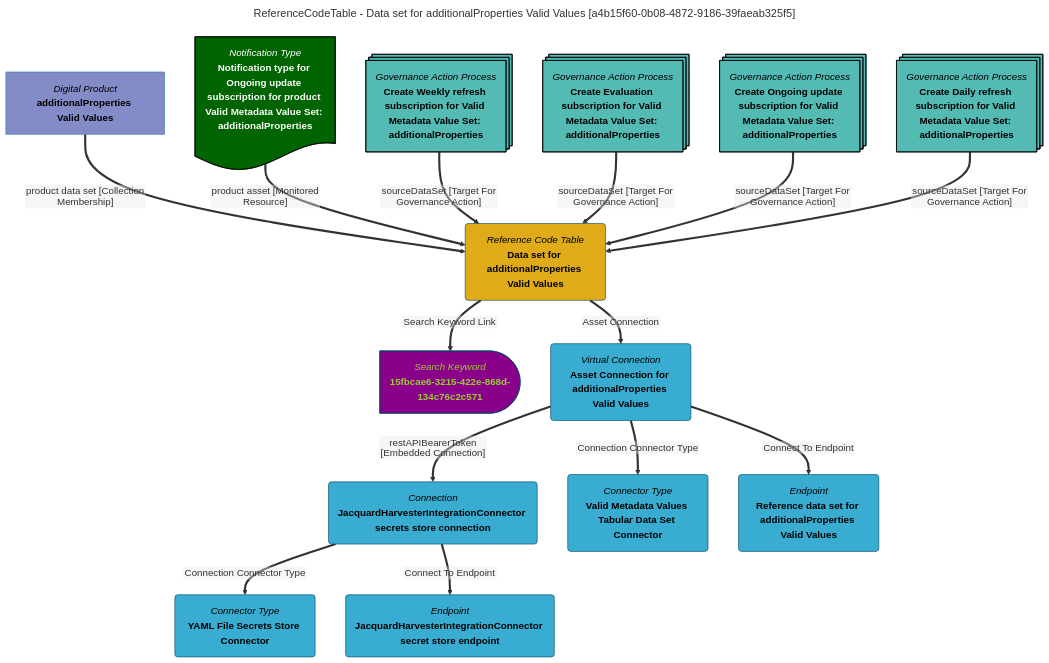
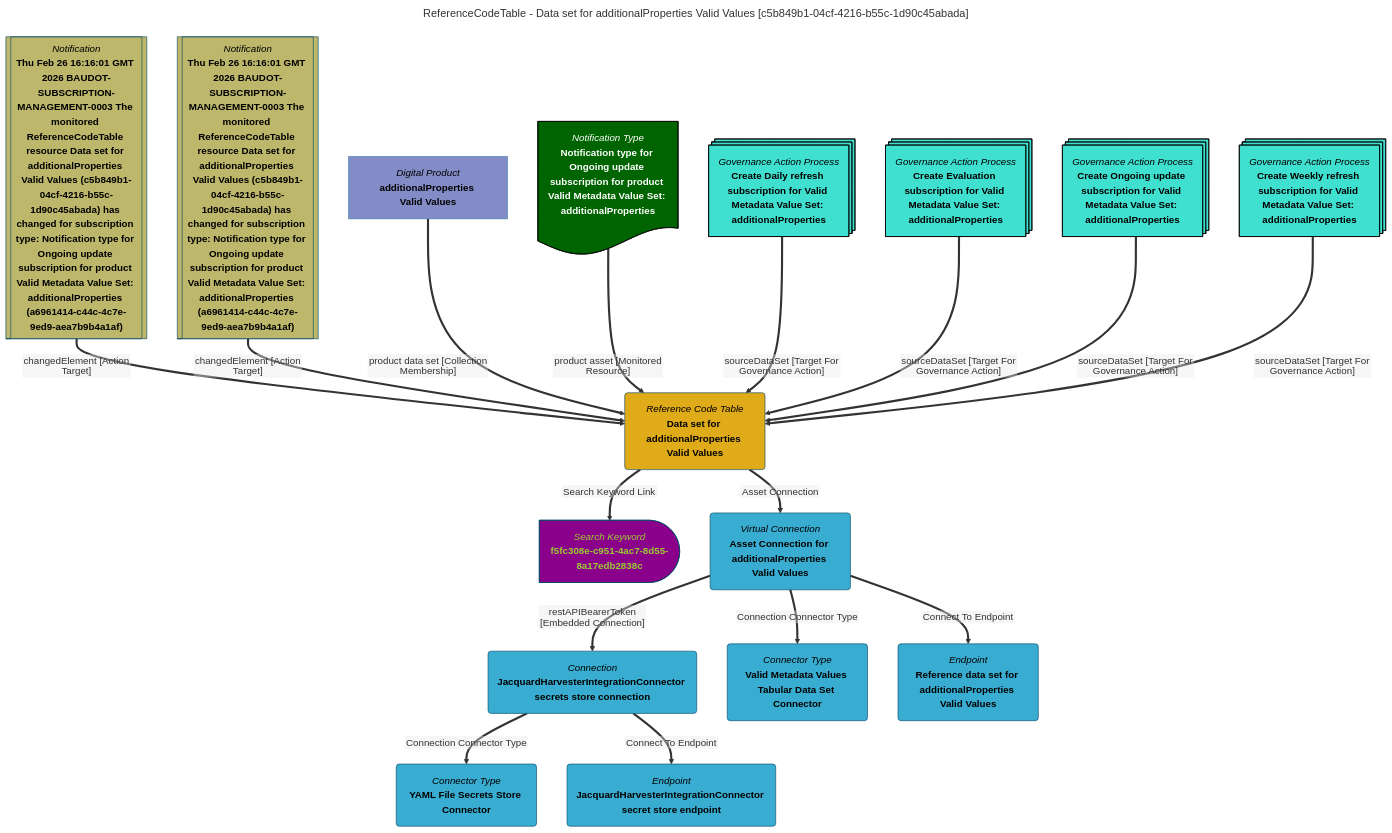
The diagram in site/snippets/data-assets/data-set-for-additionalproperties-valid-values-mermaid-graph.md (odpi/egeria-docs), drawn with Mermaid before and after one commit. The commit also changed 2201 other files, not shown here.

````diff
--- a/site/snippets/data-assets/data-set-for-additionalproperties-valid-values-mermaid-graph.md
+++ b/site/snippets/data-assets/data-set-for-additionalproperties-valid-values-mermaid-graph.md
@@ -1,63 +1,71 @@
 ```mermaid
 ---
-title: ReferenceCodeTable - Data set for additionalProperties Valid Values [a4b15f60-0b08-4872-9186-39faeab325f5]
+title: ReferenceCodeTable - Data set for additionalProperties Valid Values [c5b849b1-04cf-4216-b55c-1d90c45abada]
 ---
 flowchart TD
 %%{init: {"flowchart": {"htmlLabels": false}} }%%
 
 1@{ shape: rounded, label: "*Reference Code Table*
 **Data set for additionalProperties Valid Values**"}
 2@{ shape: delay, label: "*Search Keyword*
-**15fbcae6-3215-422e-868d-134c76c2c571**"}
+**f5fc308e-c951-4ac7-8d55-8a17edb2838c**"}
 1==>|"Search Keyword Link"|2
-3@{ shape: rect, label: "*Digital Product*
+3@{ shape: subproc, label: "*Notification*
+**Thu Feb 26 16:16:01 GMT 2026 BAUDOT-SUBSCRIPTION-MANAGEMENT-0003 The monitored ReferenceCodeTable resource Data set for additionalProperties Valid Values (c5b849b1-04cf-4216-b55c-1d90c45abada) has changed for subscription type: Notification type for Ongoing update subscription for product Valid Metadata Value Set: additionalProperties (a6961414-c44c-4c7e-9ed9-aea7b9b4a1af)**"}
+3==>|"changedElement [Action Target]"|1
+4@{ shape: subproc, label: "*Notification*
+**Thu Feb 26 16:16:01 GMT 2026 BAUDOT-SUBSCRIPTION-MANAGEMENT-0003 The monitored ReferenceCodeTable resource Data set for additionalProperties Valid Values (c5b849b1-04cf-4216-b55c-1d90c45abada) has changed for subscription type: Notification type for Ongoing update subscription for product Valid Metadata Value Set: additionalProperties (a6961414-c44c-4c7e-9ed9-aea7b9b4a1af)**"}
+4==>|"changedElement [Action Target]"|1
+5@{ shape: rect, label: "*Digital Product*
 **additionalProperties Valid Values**"}
-3==>|"product data set [Collection Membership]"|1
-4@{ shape: rounded, label: "*Virtual Connection*
+5==>|"product data set [Collection Membership]"|1
+6@{ shape: rounded, label: "*Virtual Connection*
 **Asset Connection for additionalProperties Valid Values**"}
-1==>|"Asset Connection"|4
-5@{ shape: rounded, label: "*Connection*
+1==>|"Asset Connection"|6
+7@{ shape: rounded, label: "*Connection*
 **JacquardHarvesterIntegrationConnector secrets store connection**"}
-4==>|"restAPIBearerToken [Embedded Connection]"|5
-6@{ shape: rounded, label: "*Connector Type*
+6==>|"restAPIBearerToken [Embedded Connection]"|7
+8@{ shape: rounded, label: "*Connector Type*
 **YAML File Secrets Store Connector**"}
-5==>|"Connection Connector Type"|6
-7@{ shape: rounded, label: "*Endpoint*
+7==>|"Connection Connector Type"|8
+9@{ shape: rounded, label: "*Endpoint*
 **JacquardHarvesterIntegrationConnector secret store endpoint**"}
-5==>|"Connect To Endpoint"|7
-8@{ shape: rounded, label: "*Connector Type*
+7==>|"Connect To Endpoint"|9
+10@{ shape: rounded, label: "*Connector Type*
 **Valid Metadata Values Tabular Data Set Connector**"}
-4==>|"Connection Connector Type"|8
-9@{ shape: rounded, label: "*Endpoint*
+6==>|"Connection Connector Type"|10
+11@{ shape: rounded, label: "*Endpoint*
 **Reference data set for additionalProperties Valid Values**"}
-4==>|"Connect To Endpoint"|9
-10@{ shape: doc, label: "*Notification Type*
+6==>|"Connect To Endpoint"|11
+12@{ shape: doc, label: "*Notification Type*
 **Notification type for Ongoing update subscription for product Valid Metadata Value Set: additionalProperties**"}
-10==>|"product asset [Monitored Resource]"|1
-11@{ shape: processes, label: "*Governance Action Process*
-**Create Weekly refresh subscription for Valid Metadata Value Set: additionalProperties**"}
-11==>|"sourceDataSet [Target For Governance Action]"|1
-12@{ shape: processes, label: "*Governance Action Process*
-**Create Evaluation subscription for Valid Metadata Value Set: additionalProperties**"}
-12==>|"sourceDataSet [Target For Governance Action]"|1
+12==>|"product asset [Monitored Resource]"|1
 13@{ shape: processes, label: "*Governance Action Process*
-**Create Ongoing update subscription for Valid Metadata Value Set: additionalProperties**"}
+**Create Daily refresh subscription for Valid Metadata Value Set: additionalProperties**"}
 13==>|"sourceDataSet [Target For Governance Action]"|1
 14@{ shape: processes, label: "*Governance Action Process*
-**Create Daily refresh subscription for Valid Metadata Value Set: additionalProperties**"}
+**Create Evaluation subscription for Valid Metadata Value Set: additionalProperties**"}
 14==>|"sourceDataSet [Target For Governance Action]"|1
-style 11 color:#000000, fill:#53bbb4, stroke:#000000
-style 12 color:#000000, fill:#53bbb4, stroke:#000000
-style 13 color:#000000, fill:#53bbb4, stroke:#000000
-style 14 color:#000000, fill:#53bbb4, stroke:#000000
+15@{ shape: processes, label: "*Governance Action Process*
+**Create Ongoing update subscription for Valid Metadata Value Set: additionalProperties**"}
+15==>|"sourceDataSet [Target For Governance Action]"|1
+16@{ shape: processes, label: "*Governance Action Process*
+**Create Weekly refresh subscription for Valid Metadata Value Set: additionalProperties**"}
+16==>|"sourceDataSet [Target For Governance Action]"|1
+style 11 color:#000000, fill:#39add1, stroke:#004563
+style 12 color:#FFFFFF, fill:#006400, stroke:#000000
+style 13 color:#000000, fill:#40E0D0, stroke:#000000
+style 14 color:#000000, fill:#40E0D0, stroke:#000000
+style 15 color:#000000, fill:#40E0D0, stroke:#000000
+style 16 color:#000000, fill:#40E0D0, stroke:#000000
 style 1 color:#000000, fill:#e0ab18, stroke:#004563
-style 2 color:#9acd32, fill:#8b008b, stroke:#004563
-style 3 color:#000000, fill:#838cc7, stroke:#3079ab
-style 4 color:#000000, fill:#39add1, stroke:#004563
-style 5 color:#000000, fill:#39add1, stroke:#004563
+style 2 color:#9ACD32, fill:#8B008B, stroke:#004563
+style 3 color:#000000, fill:#BDB76B, stroke:#004563
+style 4 color:#000000, fill:#BDB76B, stroke:#004563
+style 5 color:#000000, fill:#838cc7, stroke:#3079ab
 style 6 color:#000000, fill:#39add1, stroke:#004563
 style 7 color:#000000, fill:#39add1, stroke:#004563
 style 8 color:#000000, fill:#39add1, stroke:#004563
 style 9 color:#000000, fill:#39add1, stroke:#004563
-style 10 color:#FFFFFF, fill:#006400, stroke:#000000
+style 10 color:#000000, fill:#39add1, stroke:#004563
 ```
````
